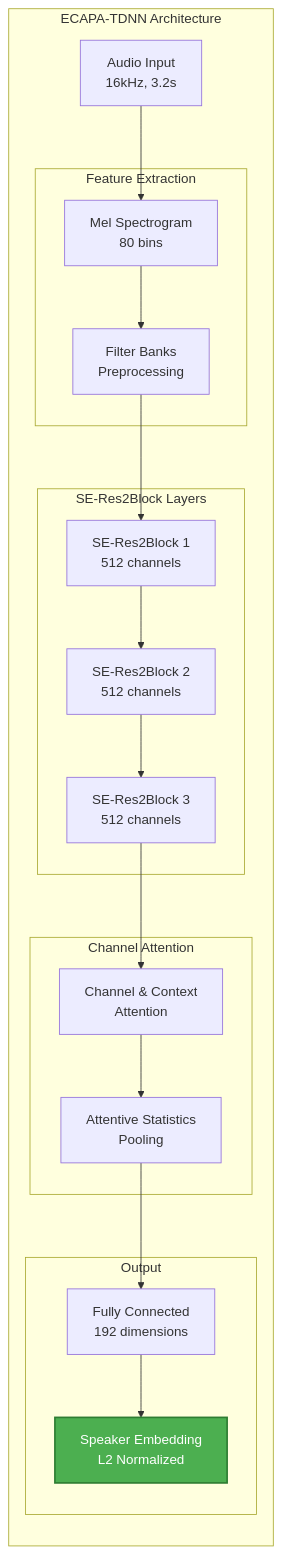
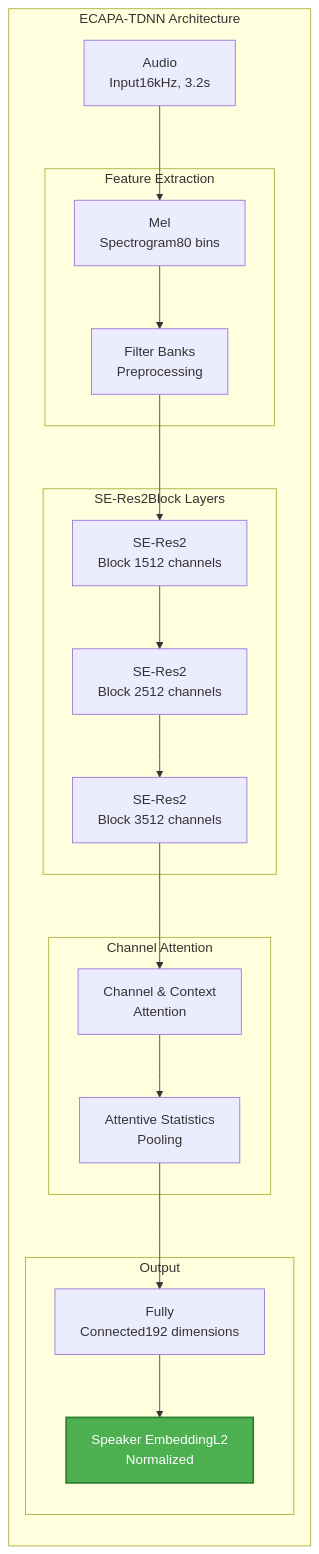
The fourth of 13 diagrams in VOICE_BIOMETRIC_INTELLIGENCE_ARCHITECTURE.md (nandkishorrathodk-art/Ironcliw-ai), drawn with Mermaid before and after one commit. The commit also changed other lines of this file, not shown here.

````diff
--- a/VOICE_BIOMETRIC_INTELLIGENCE_ARCHITECTURE.md
+++ b/VOICE_BIOMETRIC_INTELLIGENCE_ARCHITECTURE.md
@@ -269,33 +263,33 @@
 ```mermaid
 flowchart LR
     subgraph "ECAPA-TDNN Architecture"
-        INPUT[Audio Input<br/>16kHz, 3.2s]
+        INPUT[Audio <br/>Input16kHz, 3.2s]
         
         subgraph "Feature Extraction"
-            MEL[Mel Spectrogram<br/>80 bins]
+            MEL[Mel <br/>Spectrogram80 bins]
             FBANK[Filter Banks<br/>Preprocessing]
         end
         
         subgraph "SE-Res2Block Layers"
-            RES1[SE-Res2Block 1<br/>512 channels]
-            RES2[SE-Res2Block 2<br/>512 channels]
-            RES3[SE-Res2Block 3<br/>512 channels]
+            RES1[SE-Res2<br/>Block 1512 channels]
+            RES2[SE-Res2<br/>Block 2512 channels]
+            RES3[SE-Res2<br/>Block 3512 channels]
         end
         
         subgraph "Channel Attention"
             CA[Channel & Context<br/>Attention]
             ASP[Attentive Statistics<br/>Pooling]
         end
         
         subgraph "Output"
-            FC[Fully Connected<br/>192 dimensions]
-            EMBED[Speaker Embedding<br/>L2 Normalized]
+            FC[Fully <br/>Connected192 dimensions]
+            EMBED[Speaker EmbeddingL2 <br/>Normalized]
         end
     end
     
     INPUT --> MEL --> FBANK
     FBANK --> RES1 --> RES2 --> RES3
     RES3 --> CA --> ASP --> FC --> EMBED
 
     style EMBED fill:#4caf50,stroke:#2e7d32,stroke-width:2px,color:#fff
 ```
````
